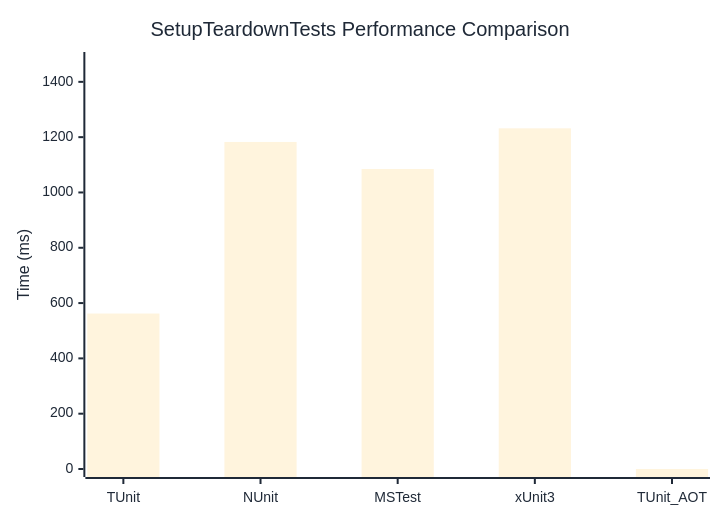
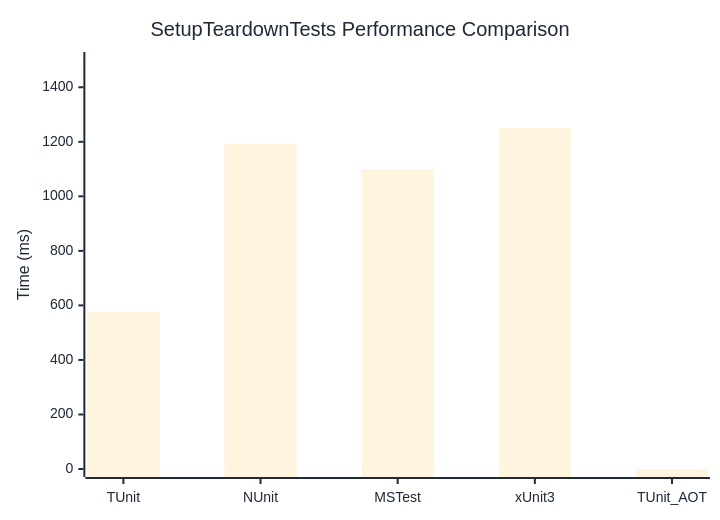
One commit to thomhurst/TUnit changed the diagram in docs/docs/benchmarks/SetupTeardownTests.md. Above: the diagram before and after it, drawn with Mermaid. The commit also changed other lines of this file and 17 other files, not shown here.

````diff
--- a/docs/docs/benchmarks/SetupTeardownTests.md
+++ b/docs/docs/benchmarks/SetupTeardownTests.md
@@ -27,37 +27,37 @@
 ```mermaid
 %%{init: {
   'theme':'base',
   'themeVariables': {
     'primaryColor': '#2563eb',
     'primaryTextColor': '#1f2937',
     'primaryBorderColor': '#1e40af',
     'lineColor': '#6b7280',
     'secondaryColor': '#7c3aed',
     'tertiaryColor': '#dc2626',
     'background': '#ffffff',
     'mainBkg': '#2563eb',
     'secondBkg': '#7c3aed',
     'tertiaryBkg': '#dc2626',
     'clusterBkg': '#f3f4f6',
     'edgeLabelBackground': '#ffffff',
     'tertiaryTextColor': '#1f2937',
     'pie1': '#2563eb',
     'pie2': '#7c3aed',
     'pie3': '#dc2626',
     'pie4': '#f59e0b',
     'pie5': '#10b981',
     'pie6': '#06b6d4',
     'pie7': '#ec4899',
     'pie8': '#6366f1',
     'pie9': '#84cc16',
     'pie10': '#f97316',
     'pie11': '#14b8a6',
     'pie12': '#a855f7'
   }
 }}%%
 xychart-beta
   title "SetupTeardownTests Performance Comparison"
   x-axis ["TUnit", "NUnit", "MSTest", "xUnit3", "TUnit_AOT"]
-  y-axis "Time (ms)" 0 --> 1479
-  bar [562.2, 1182.6, 1084.8, 1231.9, 0]
+  y-axis "Time (ms)" 0 --> 1500
+  bar [577.3, 1193.1, 1098.6, 1249.9, 0]
 ```
````
